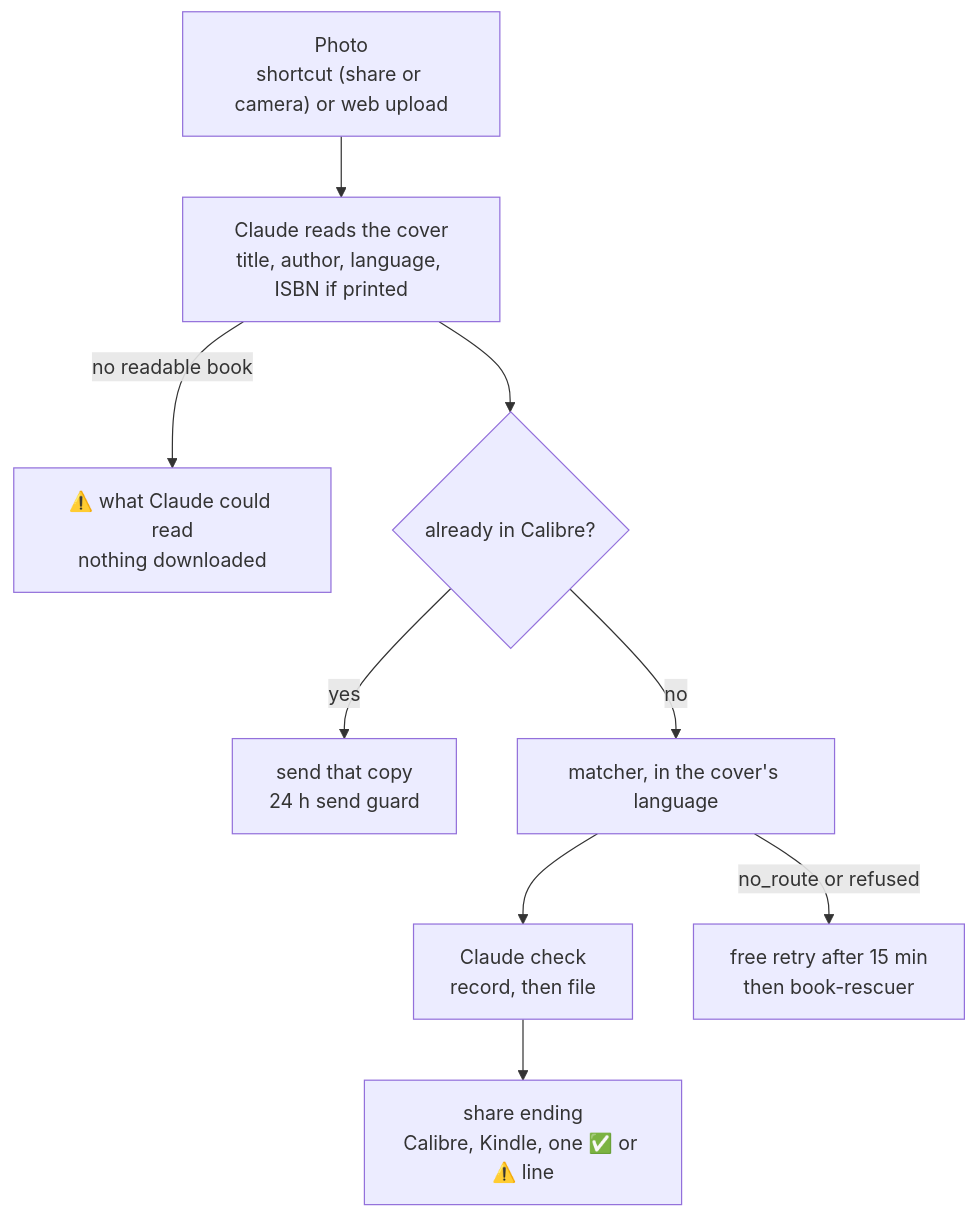
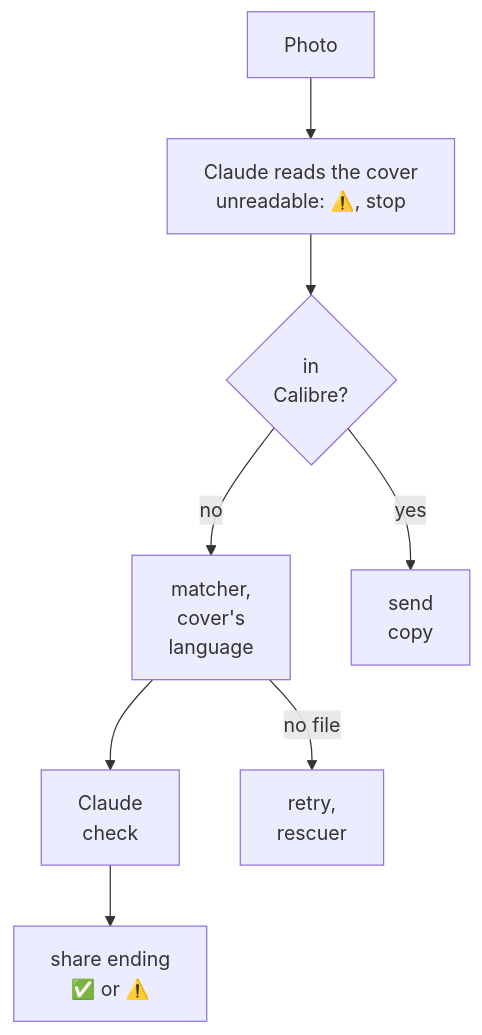
The diagram in docs/2026-10-29-book-from-a-photo.md (ViktorBarzin/audiobook-search), drawn with Mermaid before and after one commit.

Commit message:
docs: narrow the photo-share diagram so it fits a phone screen
The first render ran off the right edge at phone width, where Viktor reads
these pages.

````diff
--- a/docs/2026-10-29-book-from-a-photo.md
+++ b/docs/2026-10-29-book-from-a-photo.md
@@ -48,11 +48,10 @@
 ```mermaid
 flowchart TD
-  A["Photo<br/>shortcut (share or camera) or web upload"] --> B["Claude reads the cover<br/>title, author, language, ISBN if printed"]
-  B -->|"no readable book"| X["⚠️ what Claude could read<br/>nothing downloaded"]
-  B --> C{"already in Calibre?"}
-  C -->|yes| K["send that copy<br/>24 h send guard"]
-  C -->|no| D["matcher, in the cover's language"]
-  D --> E["Claude check<br/>record, then file"]
-  E --> F["share ending<br/>Calibre, Kindle, one ✅ or ⚠️ line"]
-  D -->|"no_route or refused"| R["free retry after 15 min<br/>then book-rescuer"]
+  A["Photo"] --> B["Claude reads the cover<br/>unreadable: ⚠️, stop"]
+  B --> C{"in<br/>Calibre?"}
+  C -->|no| D["matcher,<br/>cover's<br/>language"]
+  D --> E["Claude<br/>check"]
+  E --> F["share ending<br/>✅ or ⚠️"]
+  C -->|yes| K["send<br/>copy"]
+  D -->|"no file"| R["retry,<br/>rescuer"]
 ```
````
